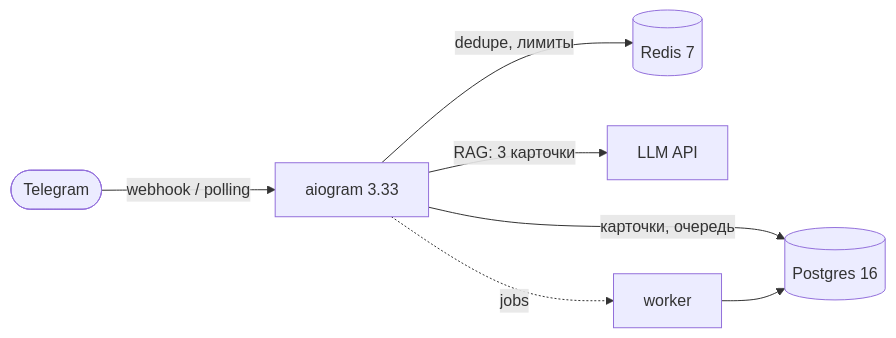
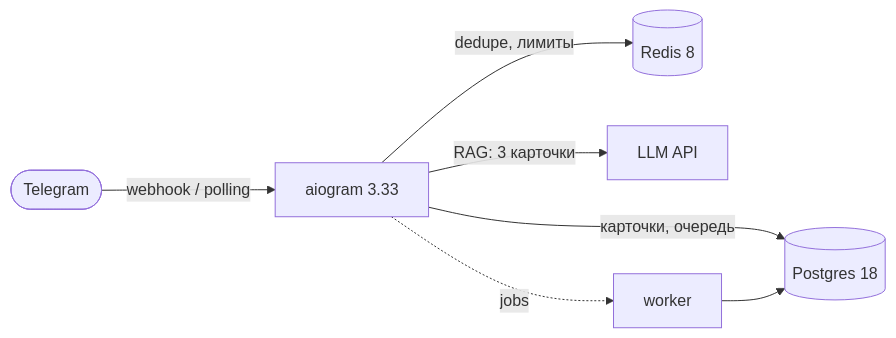
The diagram in README.md (lukavtz/byte-guardian), drawn with Mermaid before and after one commit. The commit also changed other lines of this file, not shown here.

````diff
--- a/README.md
+++ b/README.md
@@ -95,9 +95,9 @@
 ```mermaid
 flowchart LR
   TG([Telegram]) -->|webhook / polling| BOT[aiogram 3.33]
-  BOT -->|карточки, очередь| PG[(Postgres 16)]
-  BOT -->|dedupe, лимиты| RD[(Redis 7)]
+  BOT -->|карточки, очередь| PG[(Postgres 18)]
+  BOT -->|dedupe, лимиты| RD[(Redis 8)]
   BOT -->|RAG: 3 карточки| LLM[LLM API]
   BOT -.->|jobs| W[worker]
   W --> PG
 ```
````
